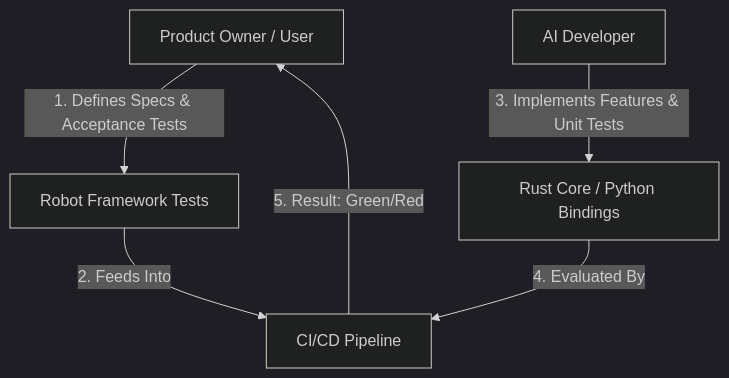
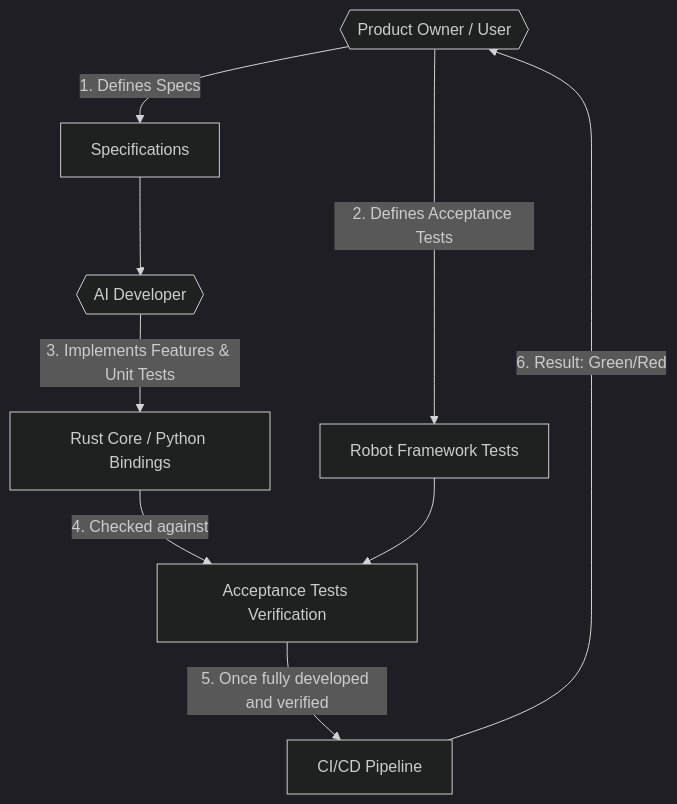
One commit to pcasteran/tabularix changed the diagram in README.md. Above: the diagram before and after it, drawn with Mermaid (dark theme). The commit also changed other lines of this file, not shown here.

````diff
--- a/README.md
+++ b/README.md
@@ -61,8 +61,11 @@
 ```mermaid
 graph TD
-    User[Product Owner / User] -->|1. Defines Specs & Acceptance Tests| Robot[Robot Framework Tests]
-    Robot -->|2. Feeds Into| CI[CI/CD Pipeline]
-    AI[AI Developer] -->|3. Implements Features & Unit Tests| Code[Rust Core / Python Bindings]
-    Code -->|4. Evaluated By| CI
-    CI -->|5. Result: Green/Red| User
+    User{{"Product Owner / User"}} -->|1. Defines Specs| Specs[Specifications]
+    User -->|2. Defines Acceptance Tests| Robot[Robot Framework Tests]
+    Specs --> AI{{"AI Developer"}}
+    AI -->|3. Implements Features & Unit Tests| Code[Rust Core / Python Bindings]
+    Code -->|4. Checked against| Check[Acceptance Tests Verification]
+    Robot --> Check
+    Check -->|5. Once fully developed and verified| CI[CI/CD Pipeline]
+    CI -->|6. Result: Green/Red| User
 ```
````
